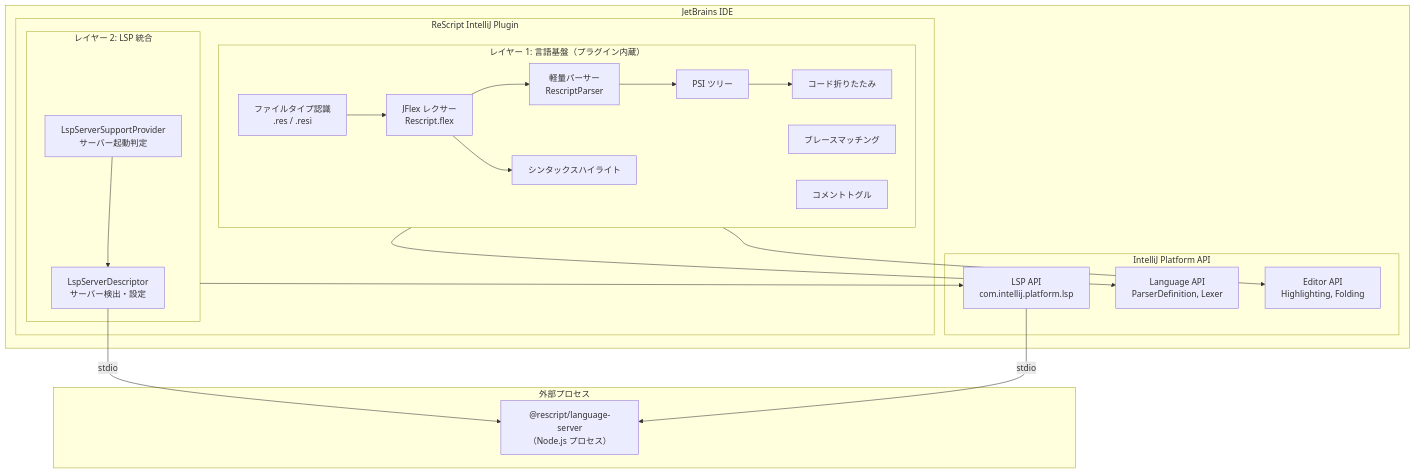
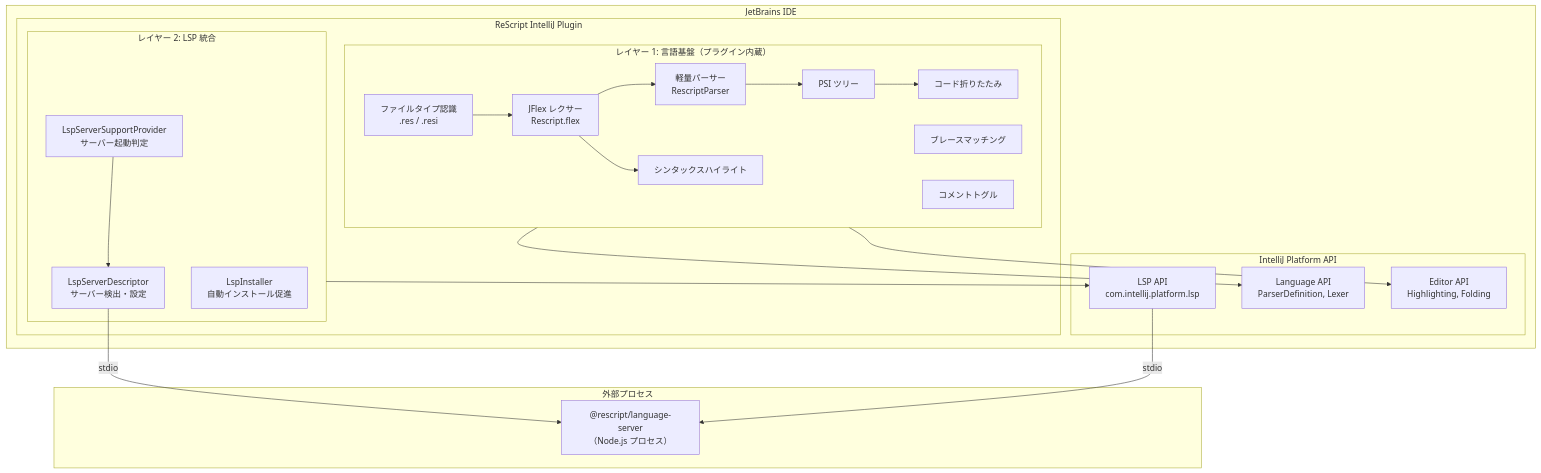
One commit to Nagatatz/rescript-intellij-plugin changed the first of 5 diagrams in docs/functional-design.md. Above: the diagram before and after it, drawn with Mermaid. The commit also changed other lines of this file and 2 other files, not shown here.

First line of the commit message:
📝 Update docs for LSP auto-install feature

````diff
--- a/docs/functional-design.md
+++ b/docs/functional-design.md
@@ -7,41 +7,42 @@
 ```mermaid
 graph TB
     subgraph IDE["JetBrains IDE"]
         subgraph Plugin["ReScript IntelliJ Plugin"]
             subgraph Layer1["レイヤー 1: 言語基盤（プラグイン内蔵）"]
                 FT[ファイルタイプ認識<br/>.res / .resi]
                 LEX[JFlex レクサー<br/>Rescript.flex]
                 PAR[軽量パーサー<br/>RescriptParser]
                 PSI[PSI ツリー]
                 HL[シンタックスハイライト]
                 FOLD[コード折りたたみ]
                 BM[ブレースマッチング]
                 CM[コメントトグル]
             end
             subgraph Layer2["レイヤー 2: LSP 統合"]
                 LSPP[LspServerSupportProvider<br/>サーバー起動判定]
                 LSPD[LspServerDescriptor<br/>サーバー検出・設定]
+                LSPI[LspInstaller<br/>自動インストール促進]
             end
         end
         subgraph PlatformAPI["IntelliJ Platform API"]
             LSPAPI[LSP API<br/>com.intellij.platform.lsp]
             LANGAPI[Language API<br/>ParserDefinition, Lexer]
             EDITAPI[Editor API<br/>Highlighting, Folding]
         end
     end
     subgraph External["外部プロセス"]
         LSP["@rescript/language-server<br/>（Node.js プロセス）"]
     end
 
     FT --> LEX
     LEX --> PAR
     PAR --> PSI
     PSI --> FOLD
     LEX --> HL
     LSPP --> LSPD
     LSPD -->|stdio| LSP
     Layer1 --> LANGAPI
     Layer1 --> EDITAPI
     Layer2 --> LSPAPI
     LSPAPI -->|stdio| LSP
 ```
````
